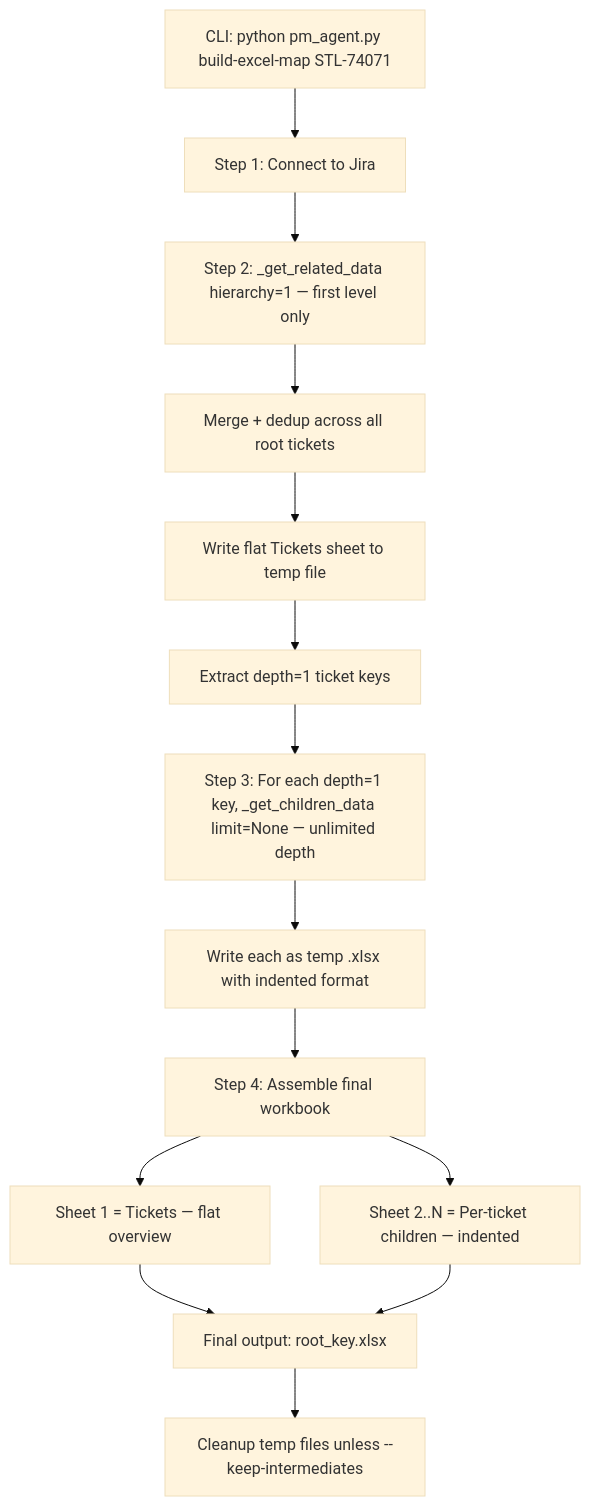
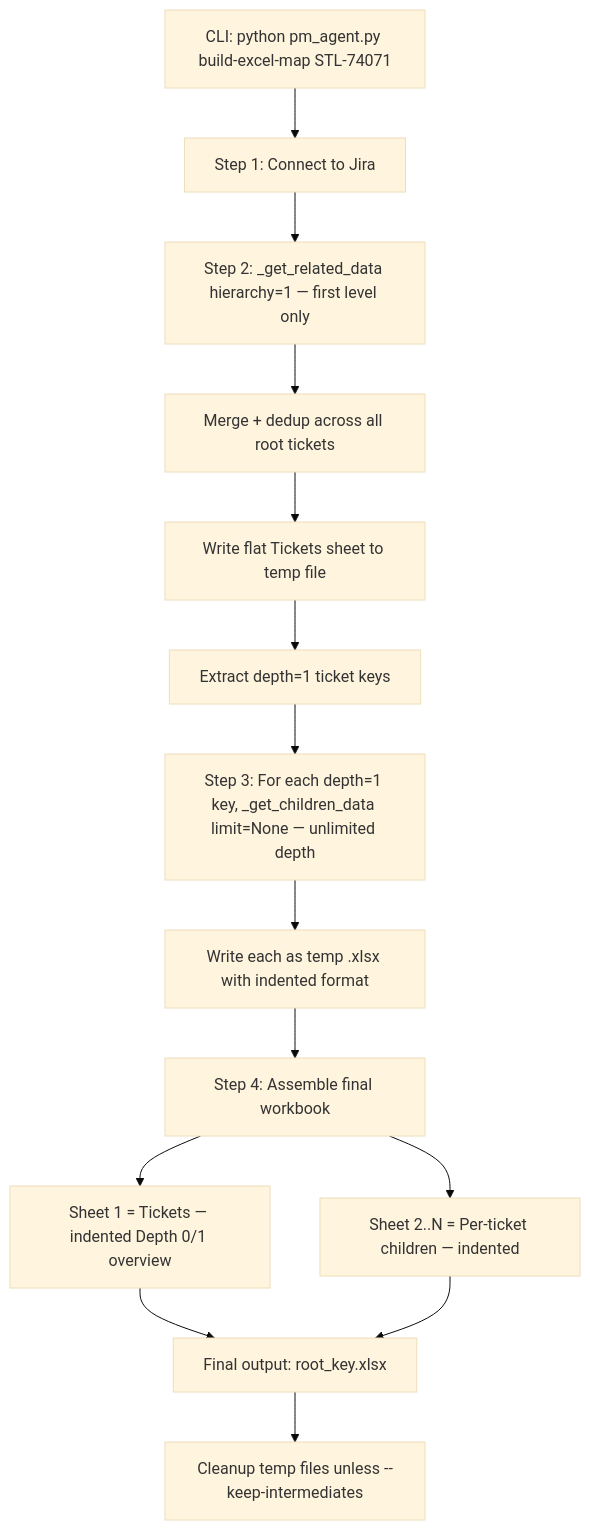
Before and after one commit to jmac-cornelis/jira-utilities: the diagram in plans/build-excel-map-architecture.md, drawn with Mermaid (base theme). The commit also changed other lines of this file and 2 other files, not shown here.

First line of the commit message:
build-excel-map: restore Depth 0/Depth 1 columns on Tickets sheet

````diff
--- a/plans/build-excel-map-architecture.md
+++ b/plans/build-excel-map-architecture.md
@@ -14,16 +14,16 @@
 ```mermaid
 flowchart TD
     A[CLI: python pm_agent.py build-excel-map STL-74071] --> B[Step 1: Connect to Jira]
     B --> C[Step 2: _get_related_data hierarchy=1 — first level only]
     C --> D[Merge + dedup across all root tickets]
     D --> E[Write flat Tickets sheet to temp file]
     E --> F[Extract depth=1 ticket keys]
     F --> G[Step 3: For each depth=1 key, _get_children_data limit=None — unlimited depth]
     G --> H[Write each as temp .xlsx with indented format]
     H --> I[Step 4: Assemble final workbook]
-    I --> J[Sheet 1 = Tickets — flat overview]
+    I --> J[Sheet 1 = Tickets — indented Depth 0/1 overview]
     I --> K[Sheet 2..N = Per-ticket children — indented]
     J --> L[Final output: root_key.xlsx]
     K --> L
     L --> M[Cleanup temp files unless --keep-intermediates]
 ```
````
